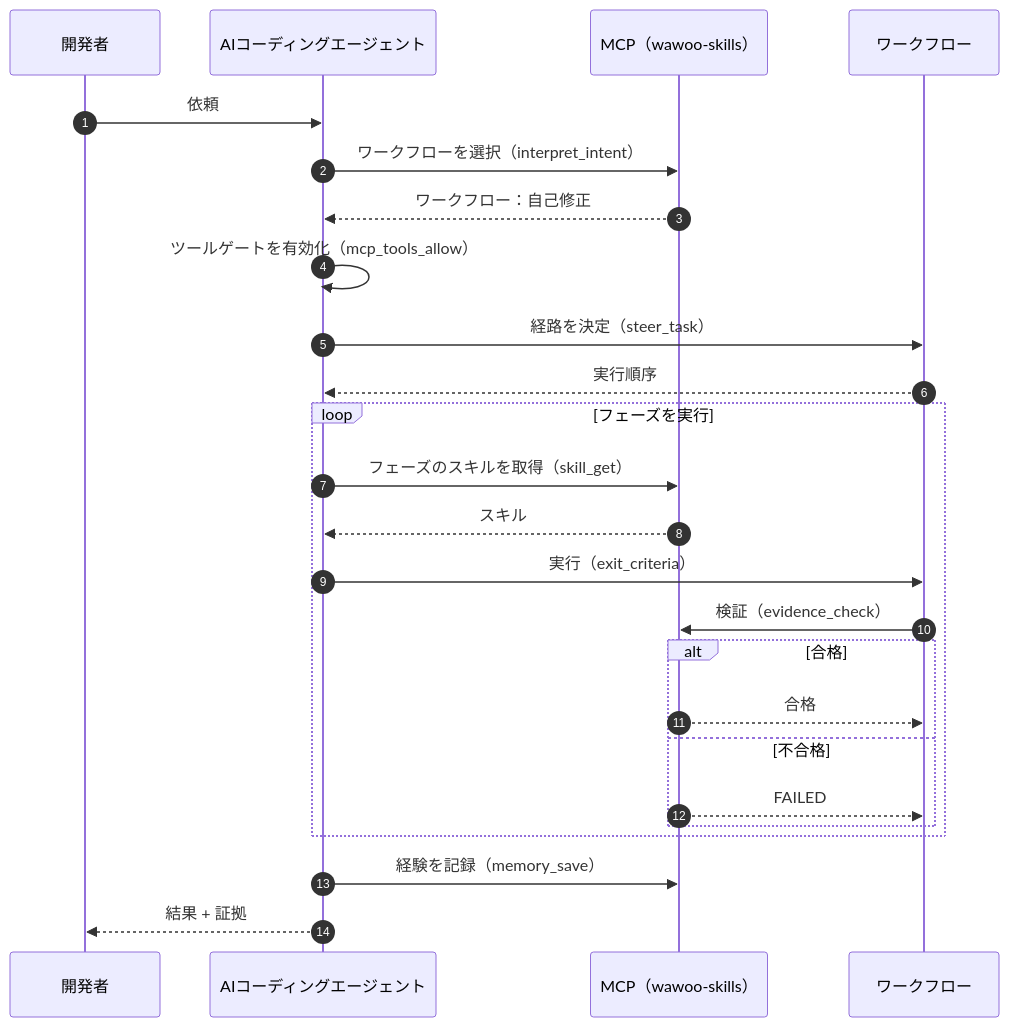
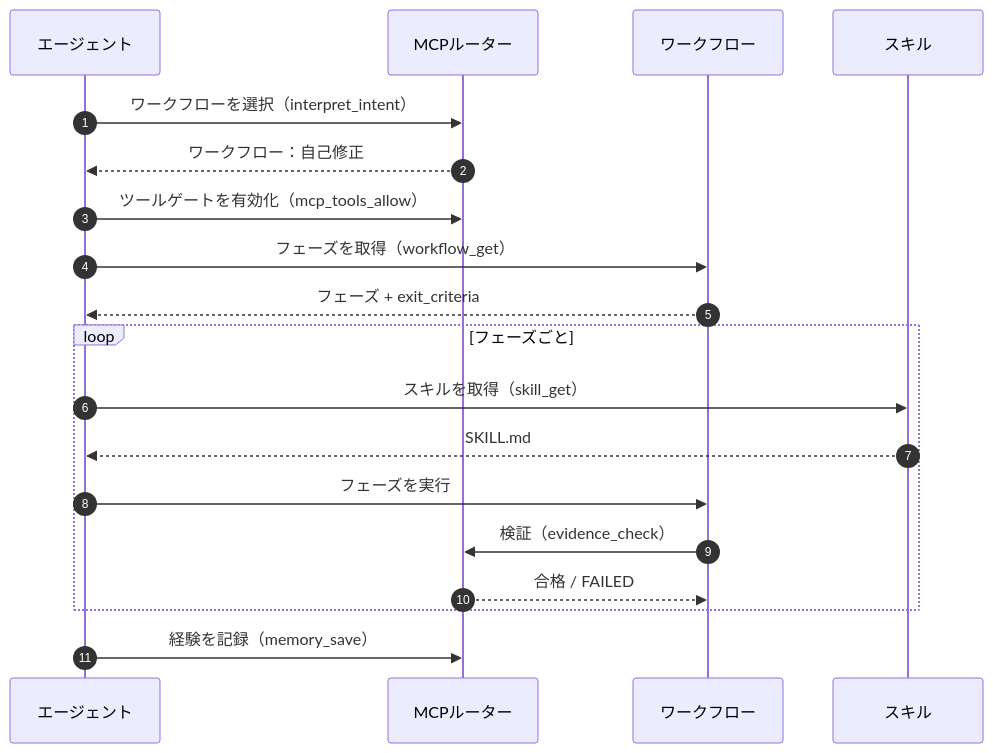
Before and after one commit to parkwoo/wawoo-agent-skills: the diagram in README.ja.md, drawn with Mermaid. The commit also changed 3 other files, not shown here.

Commit message:
docs: use mechanism roles as sequence-diagram participants (Agent / MCP Router / Workflow / Skill)

````diff
--- a/README.ja.md
+++ b/README.ja.md
@@ -62,27 +62,21 @@
 ```mermaid
 sequenceDiagram
     autonumber
-    participant U as 開発者
-    participant A as AIコーディングエージェント
-    participant M as MCP（wawoo-skills）
+    participant A as エージェント
+    participant R as MCPルーター
     participant W as ワークフロー
-    U->>A: 依頼
-    A->>M: ワークフローを選択（interpret_intent）
-    M-->>A: ワークフロー：自己修正
-    A->>A: ツールゲートを有効化（mcp_tools_allow）
-    A->>W: 経路を決定（steer_task）
-    W-->>A: 実行順序
-    loop フェーズを実行
-        A->>M: フェーズのスキルを取得（skill_get）
-        M-->>A: スキル
-        A->>W: 実行（exit_criteria）
-        W->>M: 検証（evidence_check）
-        alt 合格
-            M-->>W: 合格
-        else 不合格
-            M-->>W: FAILED
-        end
+    participant S as スキル
+    A->>R: ワークフローを選択（interpret_intent）
+    R-->>A: ワークフロー：自己修正
+    A->>R: ツールゲートを有効化（mcp_tools_allow）
+    A->>W: フェーズを取得（workflow_get）
+    W-->>A: フェーズ + exit_criteria
+    loop フェーズごと
+        A->>S: スキルを取得（skill_get）
+        S-->>A: SKILL.md
+        A->>W: フェーズを実行
+        W->>R: 検証（evidence_check）
+        R-->>W: 合格 / FAILED
     end
-    A->>M: 経験を記録（memory_save）
-    A-->>U: 結果 + 証拠
+    A->>R: 経験を記録（memory_save）
 ```
````
